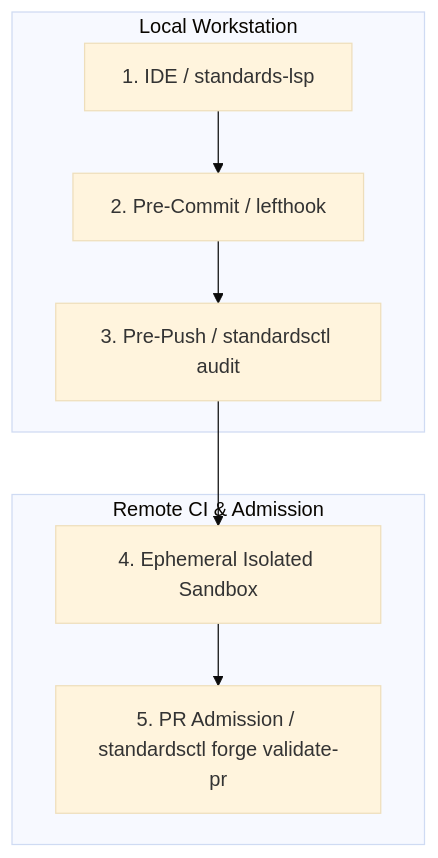
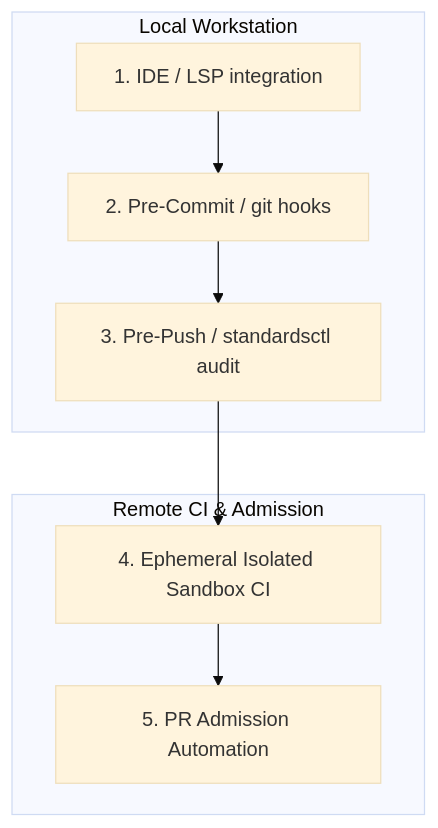
One commit to cordanaLLM/praetor changed the diagram in docs/wiki/HISS-Matrix.md. Above: the diagram before and after it, drawn with Mermaid (base theme). The commit also changed other lines of this file and 12 other files, not shown here.

````diff
--- a/docs/wiki/HISS-Matrix.md
+++ b/docs/wiki/HISS-Matrix.md
@@ -59,11 +51,11 @@
 ```mermaid
 flowchart TD
     subgraph Local["Local Workstation"]
-        LSP["1. IDE / standards-lsp"] --> HOOK["2. Pre-Commit / lefthook"]
+        LSP["1. IDE / LSP integration"] --> HOOK["2. Pre-Commit / git hooks"]
         HOOK --> AUDIT["3. Pre-Push / standardsctl audit"]
     end
     subgraph Remote["Remote CI & Admission"]
-        AUDIT --> CI["4. Ephemeral Isolated Sandbox"]
-        CI --> ADMIT["5. PR Admission / standardsctl forge validate-pr"]
+        AUDIT --> CI["4. Ephemeral Isolated Sandbox CI"]
+        CI --> ADMIT["5. PR Admission Automation"]
     end
 ```
````
